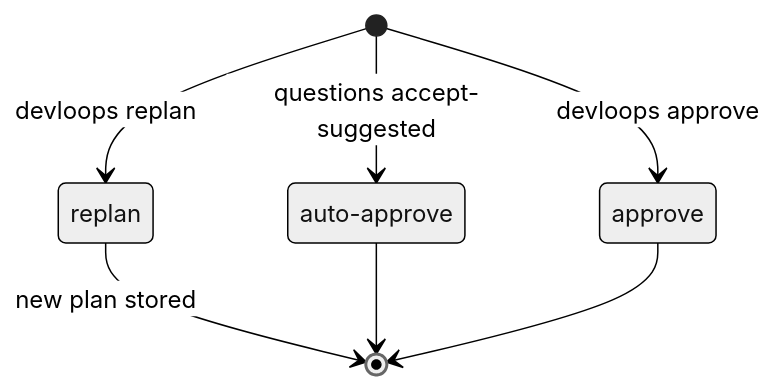
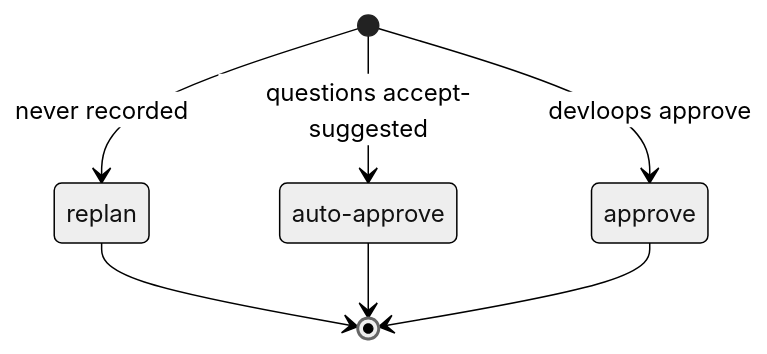
One commit to youssef7ussien/claude-devloops changed the sixth of 6 diagrams in docs/how-it-works/statuses.md. Above: the diagram before and after it, drawn with Mermaid (neutral theme). The commit also changed other lines of this file and 64 other files, not shown here.

````diff
--- a/docs/how-it-works/statuses.md
+++ b/docs/how-it-works/statuses.md
@@ -196,10 +208,10 @@
 ```mermaid
 stateDiagram-v2
   state "auto-approve" as auto
   [*] --> auto: questions accept-suggested
   [*] --> approve: devloops approve
-  [*] --> replan: devloops replan
-  replan --> [*]: new plan stored
+  [*] --> replan: never recorded
+  replan --> [*]
   auto --> [*]
   approve --> [*]
 ```
````
